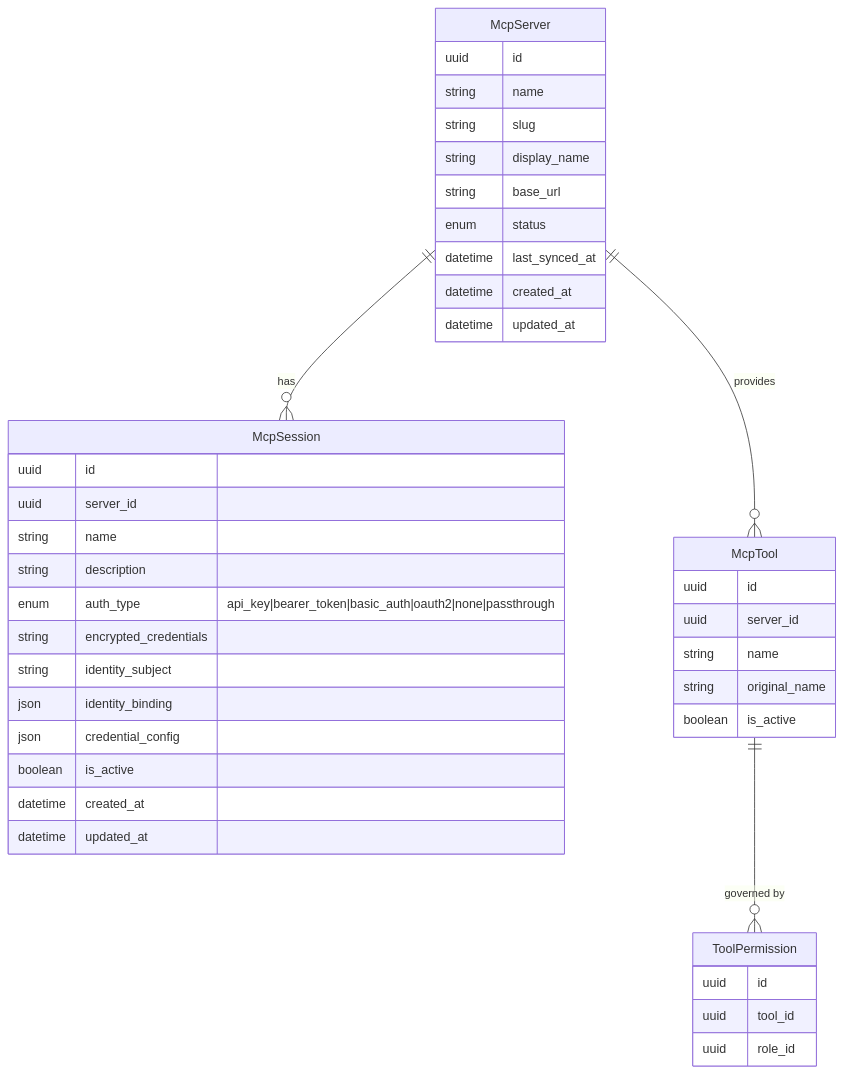
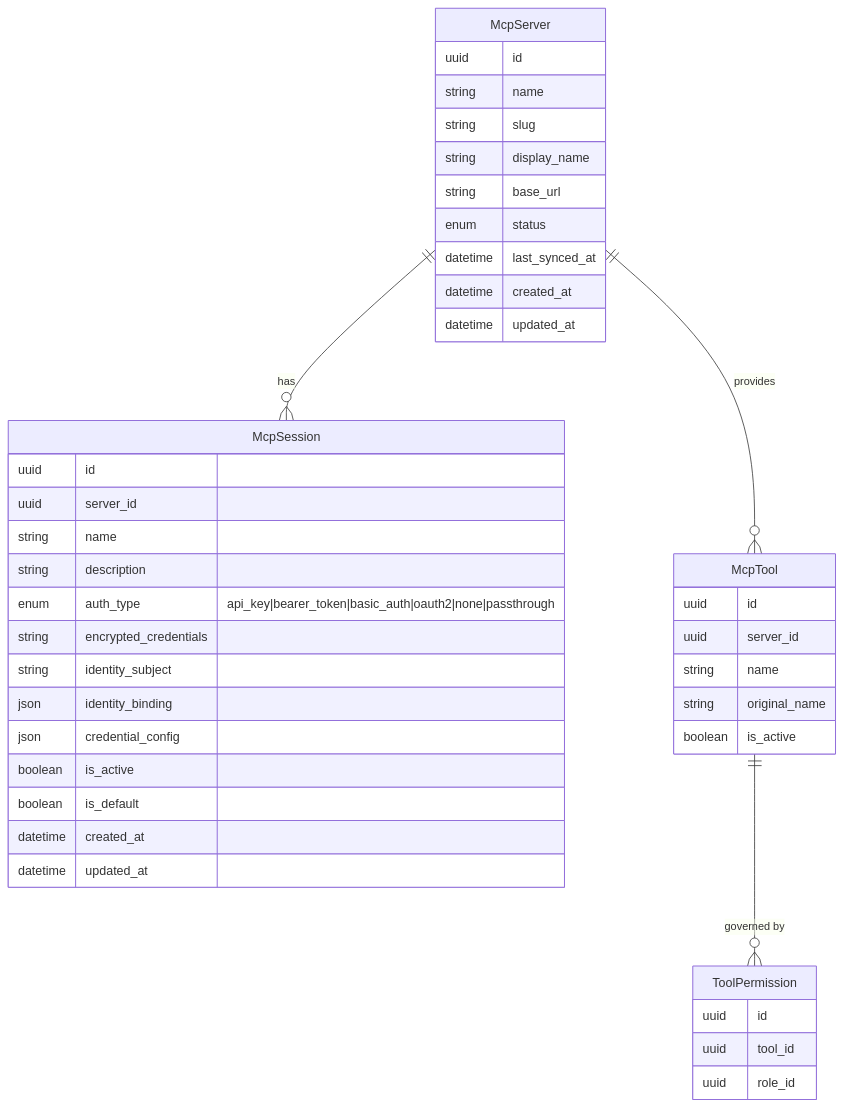
The third of 9 diagrams in docs/master/data-model/overview.md (hurungang/parthenon), drawn with Mermaid before and after one commit. The commit also changed other lines of this file and 17 other files, not shown here.

````diff
--- a/docs/master/data-model/overview.md
+++ b/docs/master/data-model/overview.md
@@ -193,44 +193,45 @@
 ```mermaid
 erDiagram
     McpServer {
         uuid id
         string name
         string slug
         string display_name
         string base_url
         enum status
         datetime last_synced_at
         datetime created_at
         datetime updated_at
     }
     McpSession {
         uuid id
         uuid server_id
         string name
         string description
         enum auth_type "api_key|bearer_token|basic_auth|oauth2|none|passthrough"
         string encrypted_credentials
         string identity_subject
         json identity_binding
         json credential_config
         boolean is_active
+        boolean is_default
         datetime created_at
         datetime updated_at
     }
     McpTool {
         uuid id
         uuid server_id
         string name
         string original_name
         boolean is_active
     }
     ToolPermission {
         uuid id
         uuid tool_id
         uuid role_id
     }
 
     McpServer ||--o{ McpSession : "has"
     McpServer ||--o{ McpTool : "provides"
     McpTool ||--o{ ToolPermission : "governed by"
 ```
````
